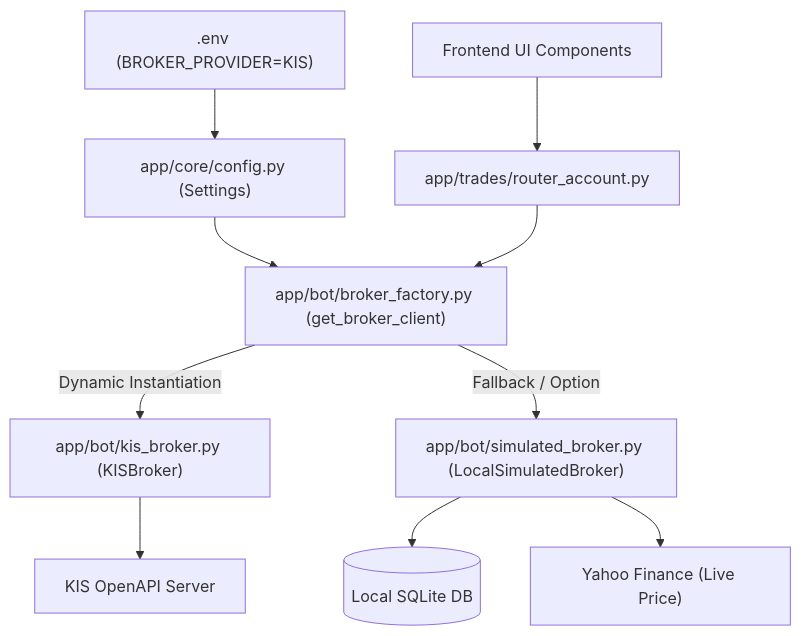
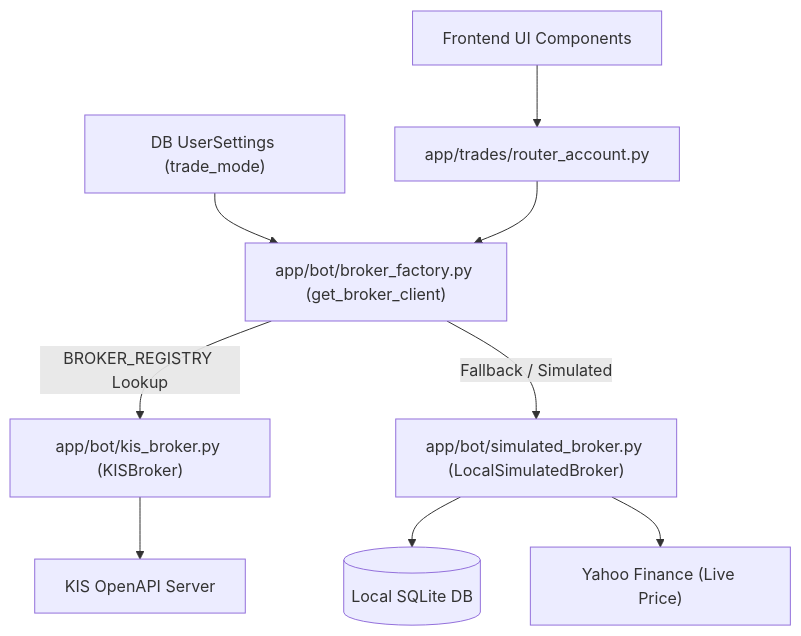
One commit to CarpediemBDev/stockAuto changed the second of 3 diagrams in docs/SYSTEM_MANUAL.md. Above: the diagram before and after it, drawn with Mermaid. The commit also changed other lines of this file and 4 other files, not shown here.

````diff
--- a/docs/SYSTEM_MANUAL.md
+++ b/docs/SYSTEM_MANUAL.md
@@ -191,15 +191,14 @@
 ```mermaid
 graph TD
-    UserEnv[".env (BROKER_PROVIDER=KIS)"] --> Settings["app/core/config.py (Settings)"]
-    Settings --> Factory["app/bot/broker_factory.py (get_broker_client)"]
+    UserSettings["DB UserSettings (trade_mode)"] --> Factory["app/bot/broker_factory.py (get_broker_client)"]
     
-    Factory -- "Dynamic Instantiation" --> KIS["app/bot/kis_broker.py (KISBroker)"]
-    Factory -- "Fallback / Option" --> Mock["app/bot/simulated_broker.py (LocalSimulatedBroker)"]
+    Factory -- "BROKER_REGISTRY Lookup" --> KIS["app/bot/kis_broker.py (KISBroker)"]
+    Factory -- "Fallback / Simulated" --> Mock["app/bot/simulated_broker.py (LocalSimulatedBroker)"]
     
     KIS --> KIS_API["KIS OpenAPI Server"]
     Mock --> DB_SQLite[("Local SQLite DB")]
     Mock --> YFinance["Yahoo Finance (Live Price)"]
     
     Router["app/trades/router_account.py"] --> Factory
     Frontend["Frontend UI Components"] --> Router
 ```
````
